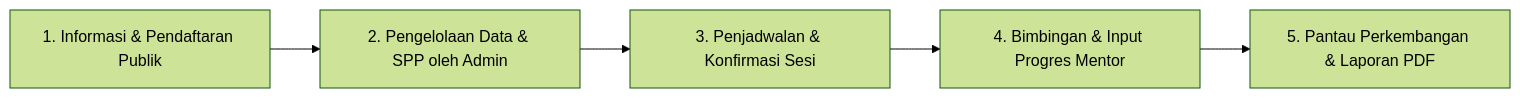
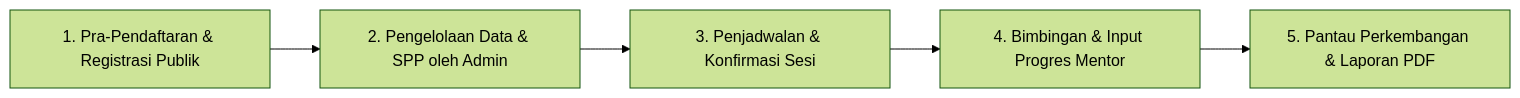
The diagram in tentang.md (MasDan-stack/al-hikmah-lms), drawn with Mermaid (forest theme) before and after one commit. The commit also changed other lines of this file and 47 other files, not shown here.

````diff
--- a/tentang.md
+++ b/tentang.md
@@ -40,7 +41,7 @@
 ```mermaid
 flowchart LR
-    A[1. Informasi & Pendaftaran Publik] --> B[2. Pengelolaan Data & SPP oleh Admin]
+    A[1. Pra-Pendaftaran & Registrasi Publik] --> B[2. Pengelolaan Data & SPP oleh Admin]
     B --> C[3. Penjadwalan & Konfirmasi Sesi]
     C --> D[4. Bimbingan & Input Progres Mentor]
     D --> E[5. Pantau Perkembangan & Laporan PDF]
 ```
````
